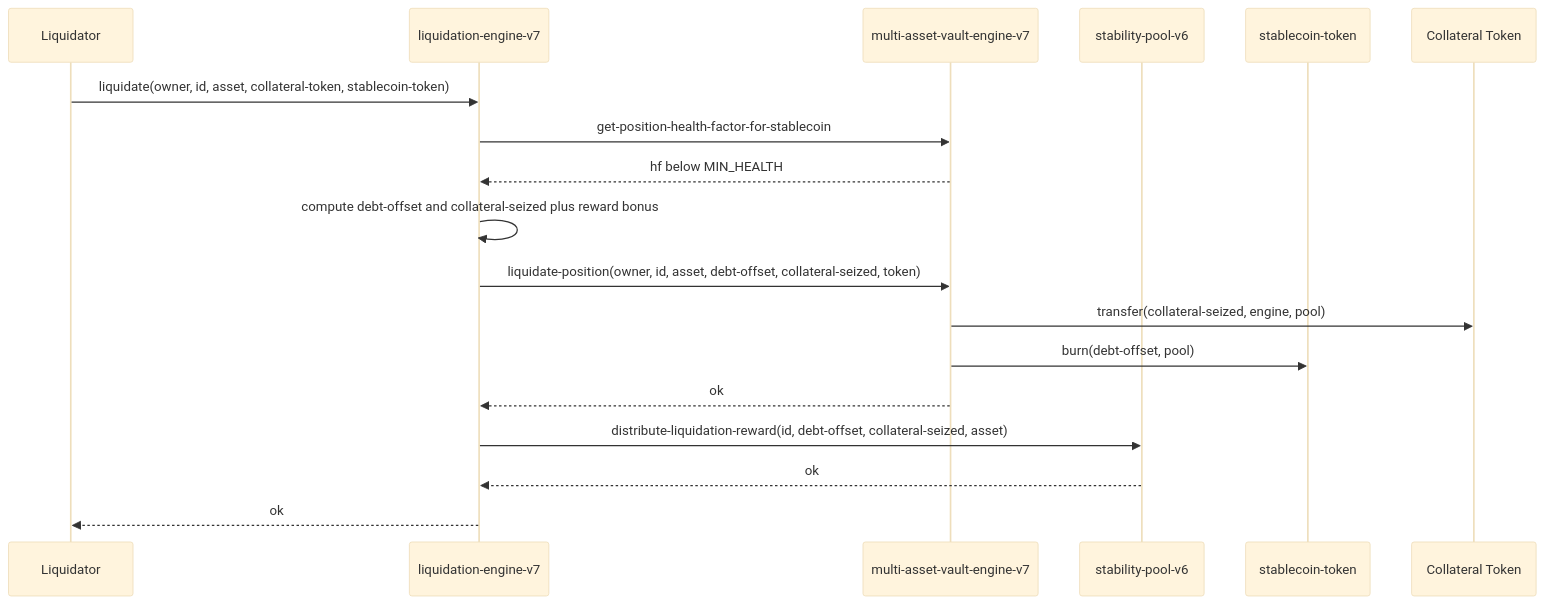
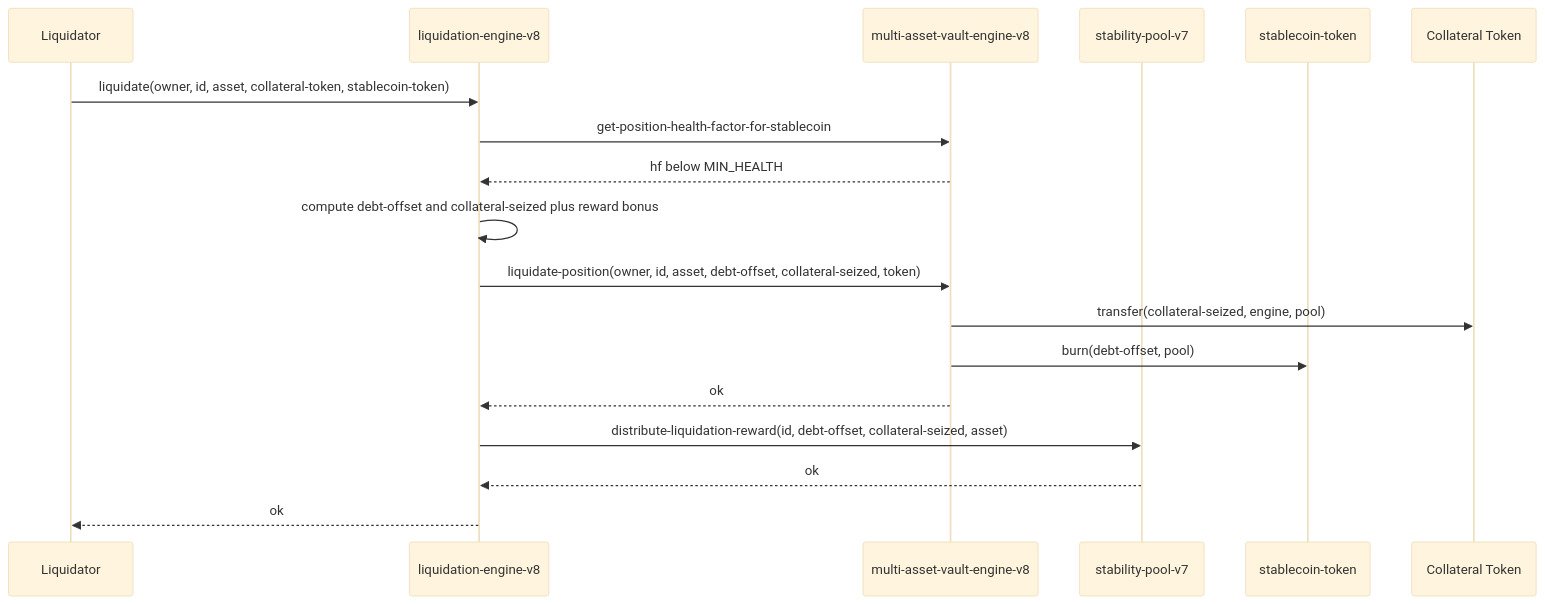
One commit to yehia67/stacks-stablecoin-engine changed the seventh of 8 diagrams in docs/getting_started.md. Above: the diagram before and after it, drawn with Mermaid (base theme). The commit also changed other lines of this file and 1 other file, not shown here.

````diff
--- a/docs/getting_started.md
+++ b/docs/getting_started.md
@@ -207,21 +209,21 @@
 ```mermaid
 sequenceDiagram
   participant L as Liquidator
-  participant LE as liquidation-engine-v7
-  participant VE as multi-asset-vault-engine-v7
-  participant SP as stability-pool-v6
+  participant LE as liquidation-engine-v8
+  participant VE as multi-asset-vault-engine-v8
+  participant SP as stability-pool-v7
   participant ST as stablecoin-token
   participant CT as Collateral Token
 
   L->>LE: liquidate(owner, id, asset, collateral-token, stablecoin-token)
   LE->>VE: get-position-health-factor-for-stablecoin
   VE-->>LE: hf below MIN_HEALTH
   LE->>LE: compute debt-offset and collateral-seized plus reward bonus
   LE->>VE: liquidate-position(owner, id, asset, debt-offset, collateral-seized, token)
   VE->>CT: transfer(collateral-seized, engine, pool)
   VE->>ST: burn(debt-offset, pool)
   VE-->>LE: ok
   LE->>SP: distribute-liquidation-reward(id, debt-offset, collateral-seized, asset)
   SP-->>LE: ok
   LE-->>L: ok
 ```
````
